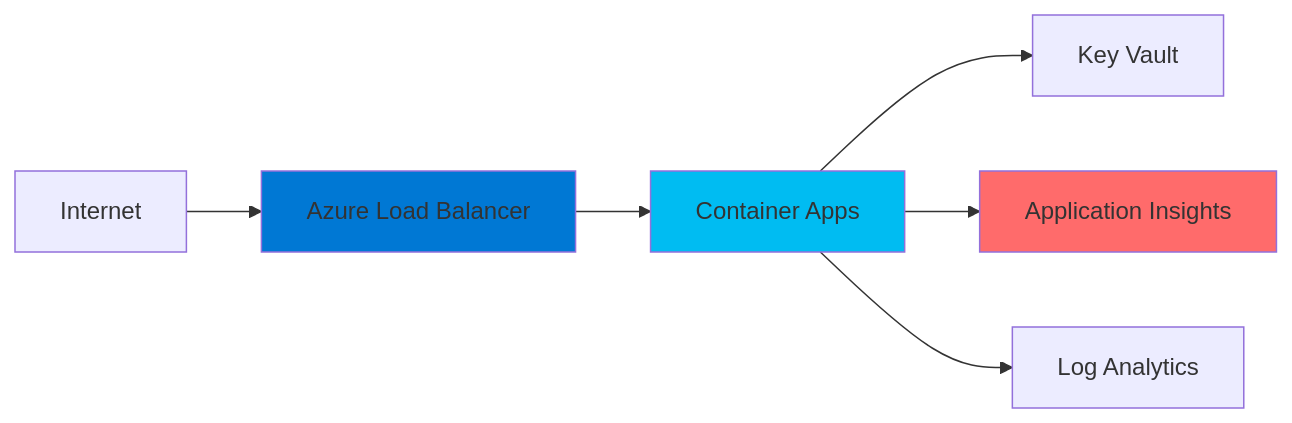
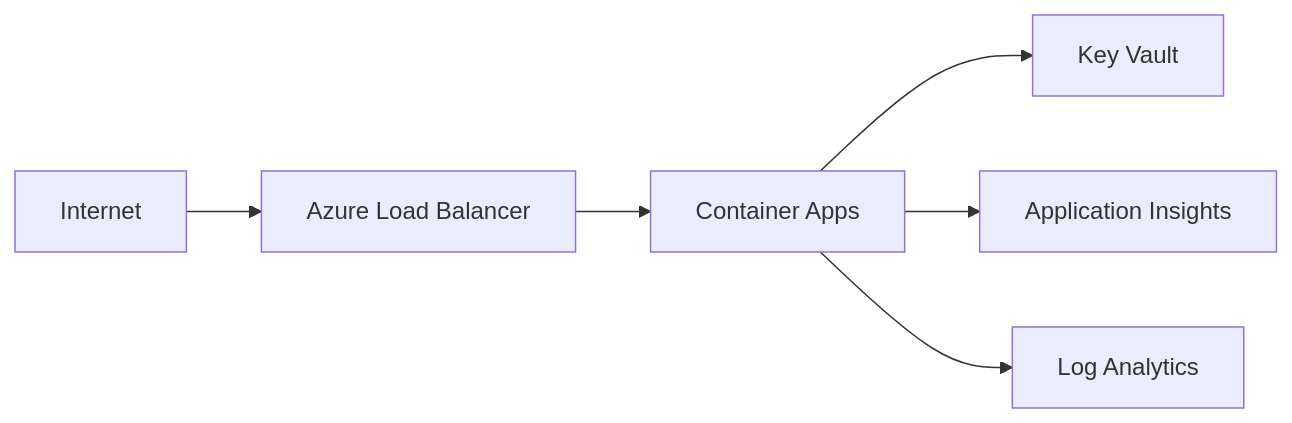
One commit to hoangsonww/PetSwipe-Match-App changed the eighth of 8 diagrams in agentic_ai/README.md. Above: the diagram before and after it, drawn with Mermaid. The commit also changed other lines of this file, not shown here.

````diff
--- a/agentic_ai/README.md
+++ b/agentic_ai/README.md
@@ -710,12 +689,8 @@
 ```mermaid
 graph LR
     Internet --> LB[Azure Load Balancer]
     LB --> ACA[Container Apps]
     ACA --> KV[Key Vault]
     ACA --> AI[Application Insights]
     ACA --> LA[Log Analytics]
-
-    style LB fill:#0078d4
-    style ACA fill:#00bcf2
-    style AI fill:#ff6b6b
 ```
````
